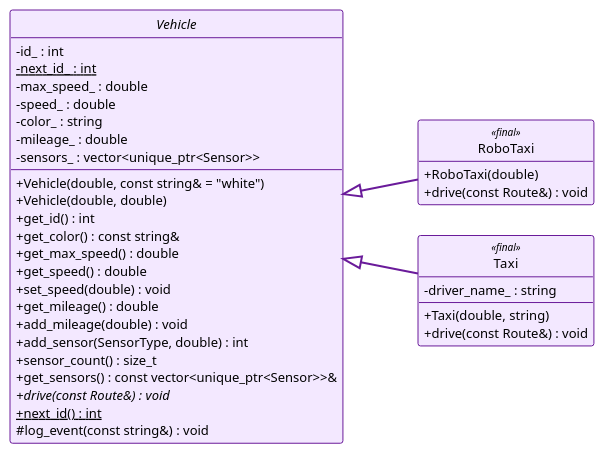
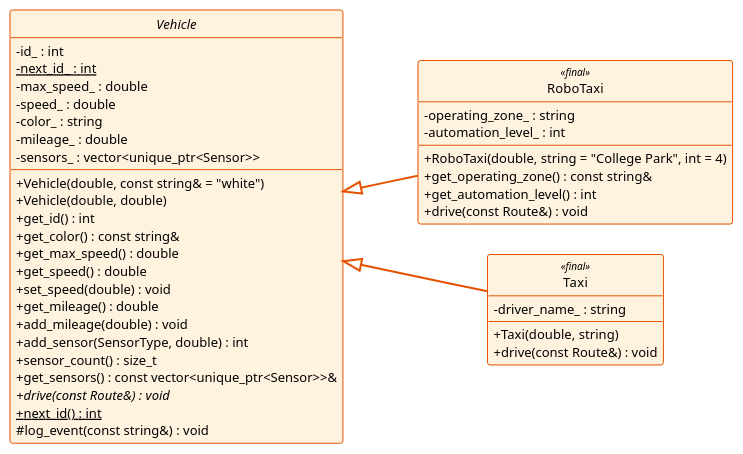
One commit to zeidk/enpm702-fall-2026-cpp changed the diagram in project/week9/uml/model_l9_inheritance_members.plantuml. Above: the diagram before and after it, drawn with PlantUML. The commit also changed 28 other files, not shown here.

First line of the commit message:
week9: RoboTaxi zone and automation level, find and erase_if examples, new slide numbers

```diff
--- a/project/week9/uml/model_l9_inheritance_members.plantuml
+++ b/project/week9/uml/model_l9_inheritance_members.plantuml
@@ -1,54 +1,58 @@
 @startuml model_l9_inheritance_members
 ' Generated for the slides.
 !theme mono
 skinparam backgroundColor white
 skinparam defaultFontName "Fira Sans"
 skinparam defaultFontSize 13
 skinparam shadowing false
 skinparam classAttributeIconSize 0
 skinparam nodesep 30
 skinparam ranksep 75
 skinparam ArrowThickness 1.5
 hide circle
 hide empty members
 
 
 left to right direction
 
-abstract class Vehicle #back:F3E8FF;line:6A1B9A;text:000000 {
+abstract class Vehicle #back:FFF3E0;line:E65100;text:000000 {
   - id_ : int
   - {static} next_id_ : int
   - max_speed_ : double
   - speed_ : double
   - color_ : string
   - mileage_ : double
   - sensors_ : vector<unique_ptr<Sensor>>
   + Vehicle(double, const string& = "white")
   + Vehicle(double, double)
   + get_id() : int
   + get_color() : const string&
   + get_max_speed() : double
   + get_speed() : double
   + set_speed(double) : void
   + get_mileage() : double
   + add_mileage(double) : void
   + add_sensor(SensorType, double) : int
   + sensor_count() : size_t
   + get_sensors() : const vector<unique_ptr<Sensor>>&
   + {abstract} drive(const Route&) : void
   + {static} next_id() : int
   # log_event(const string&) : void
 }
-class RoboTaxi <<final>> #back:F3E8FF;line:6A1B9A;text:000000 {
-  + RoboTaxi(double)
+class RoboTaxi <<final>> #back:FFF3E0;line:E65100;text:000000 {
+  - operating_zone_ : string
+  - automation_level_ : int
+  + RoboTaxi(double, string = "College Park", int = 4)
+  + get_operating_zone() : const string&
+  + get_automation_level() : int
   + drive(const Route&) : void
 }
-class Taxi <<final>> #back:F3E8FF;line:6A1B9A;text:000000 {
+class Taxi <<final>> #back:FFF3E0;line:E65100;text:000000 {
   - driver_name_ : string
   + Taxi(double, string)
   + drive(const Route&) : void
 }
 
-Vehicle <|-[#6A1B9A,thickness=2]- RoboTaxi
-Vehicle <|-[#6A1B9A,thickness=2]- Taxi
+Vehicle <|-[#E65100,thickness=2]- RoboTaxi
+Vehicle <|-[#E65100,thickness=2]- Taxi
 @enduml
```
